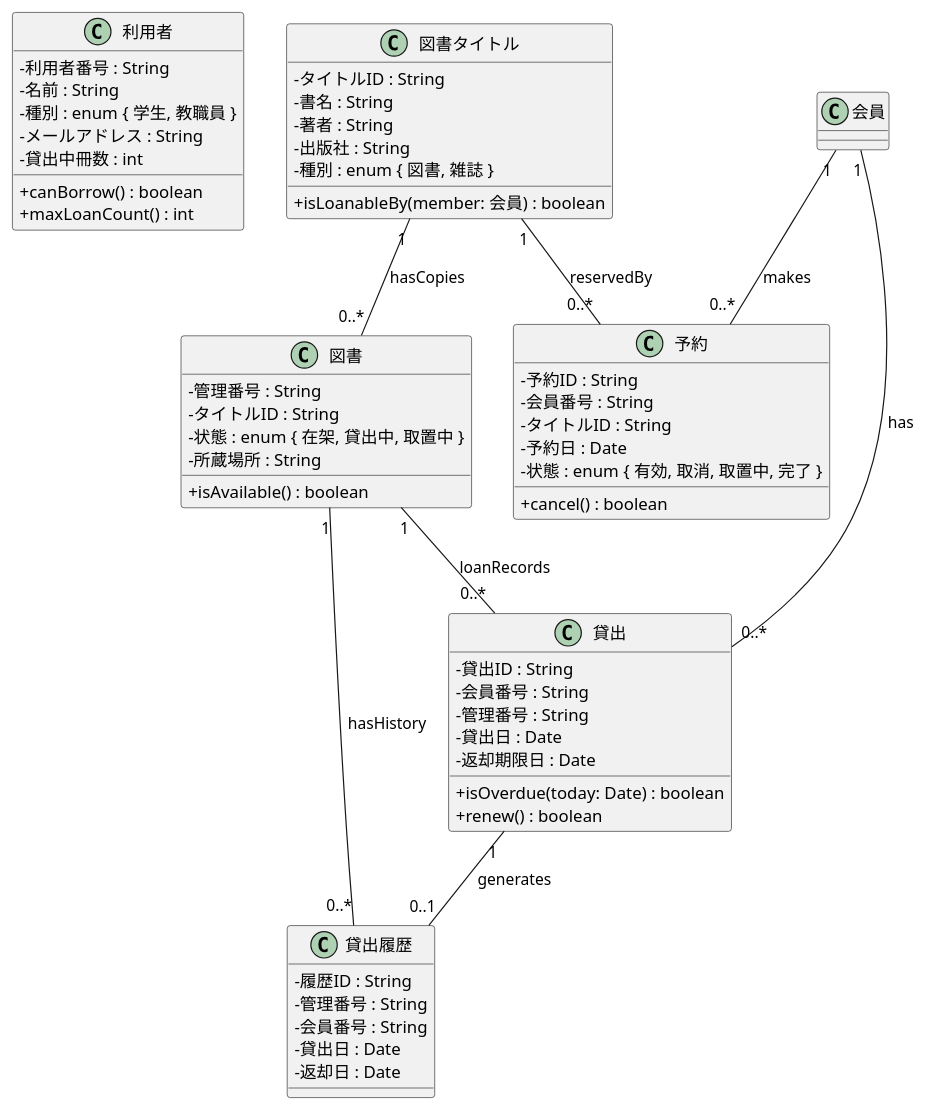
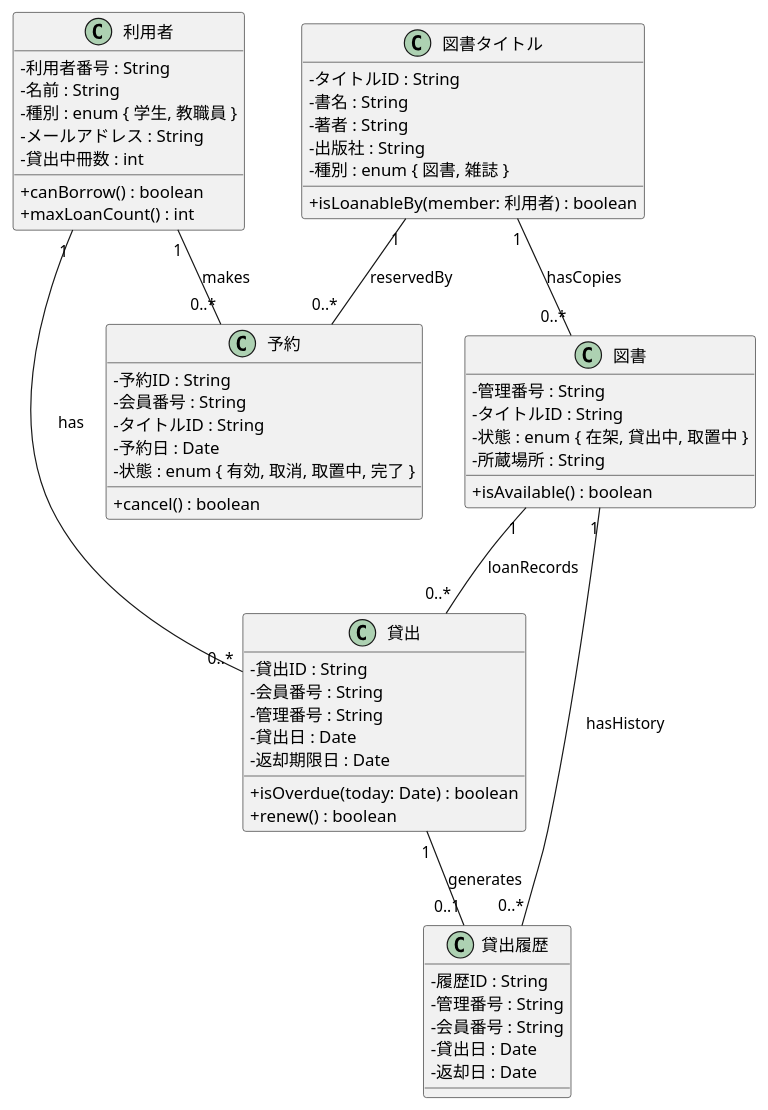
The diagram in kouka2_library/class.pu (ghbuser12/ohara_uml), drawn with PlantUML before and after one commit.

```diff
--- a/kouka2_library/class.pu
+++ b/kouka2_library/class.pu
@@ -1,68 +1,68 @@
 @startuml kouka2_library
 skinparam classAttributeIconSize 0
 
 class 利用者 {
   - 利用者番号 : String
   - 名前 : String
   - 種別 : enum { 学生, 教職員 }
   - メールアドレス : String
   - 貸出中冊数 : int
   + canBorrow() : boolean
   + maxLoanCount() : int
 }
 
 class 図書タイトル {
   - タイトルID : String
   - 書名 : String
   - 著者 : String
   - 出版社 : String
   - 種別 : enum { 図書, 雑誌 }
-  + isLoanableBy(member: 会員) : boolean
+  + isLoanableBy(member: 利用者) : boolean
 }
 
 class 図書 {
   ' 本1冊を表す（所蔵単位）
   - 管理番号 : String
   - タイトルID : String
   - 状態 : enum { 在架, 貸出中, 取置中 }
   - 所蔵場所 : String
   + isAvailable() : boolean
 }
 
 class 貸出 {
   - 貸出ID : String
   - 会員番号 : String
   - 管理番号 : String
   - 貸出日 : Date
   - 返却期限日 : Date
   + isOverdue(today: Date) : boolean
   + renew() : boolean
 }
 
 class 予約 {
   - 予約ID : String
   - 会員番号 : String
   - タイトルID : String
   - 予約日 : Date
   - 状態 : enum { 有効, 取消, 取置中, 完了 }
   + cancel() : boolean
 }
 
 class 貸出履歴 {
   - 履歴ID : String
   - 管理番号 : String
   - 会員番号 : String
   - 貸出日 : Date
   - 返却日 : Date
 }
 
 ' 関連
-会員 "1" -- "0..*" 貸出 : has
-会員 "1" -- "0..*" 予約 : makes
+利用者 "1" -- "0..*" 貸出 : has
+利用者 "1" -- "0..*" 予約 : makes
 図書タイトル "1" -- "0..*" 図書 : hasCopies
 図書タイトル "1" -- "0..*" 予約 : reservedBy
 図書 "1" -- "0..*" 貸出 : loanRecords
 図書 "1" -- "0..*" 貸出履歴 : hasHistory
 貸出 "1" -- "0..1" 貸出履歴 : generates
 
 @enduml
```
